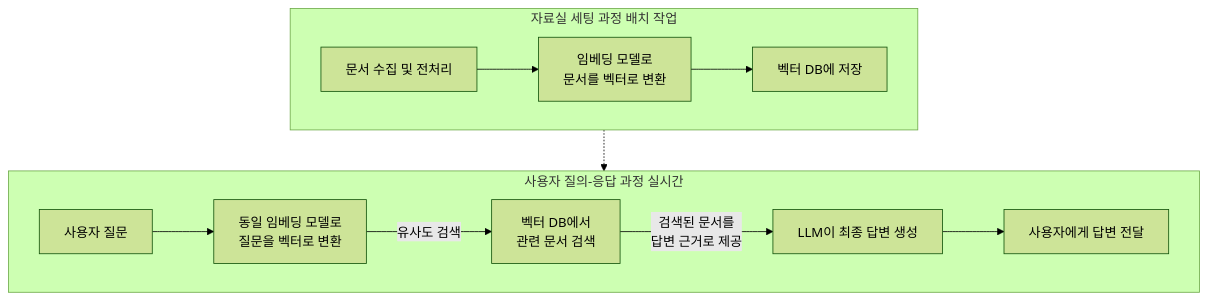
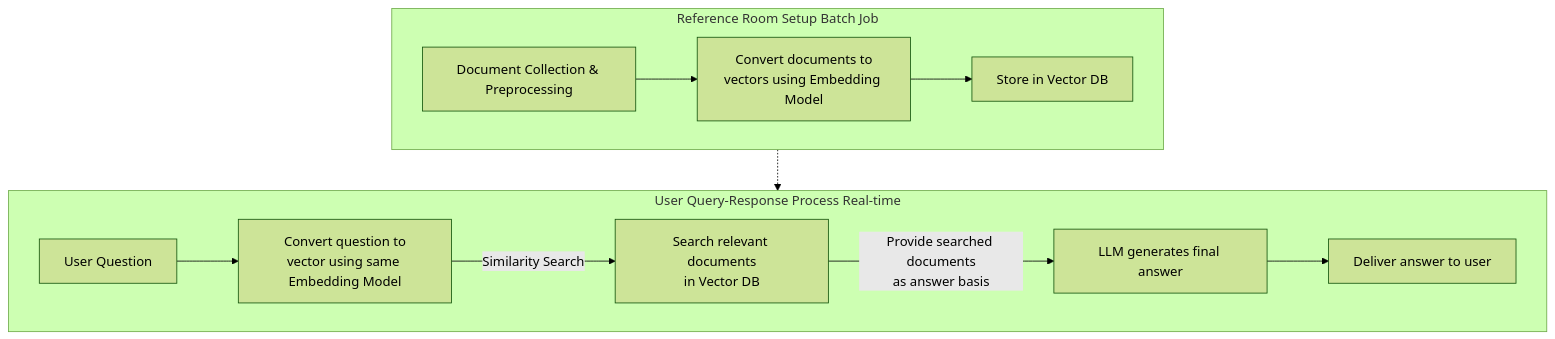
One commit to DramaticCollaboration/empasy.io changed the diagram in docs/en/study/rag.md. Above: the diagram before and after it, drawn with Mermaid (forest theme). The commit also changed other lines of this file and 77 other files, not shown here.

````diff
--- a/docs/en/study/rag.md
+++ b/docs/en/study/rag.md
@@ -90,17 +90,17 @@
 ```mermaid
 flowchart TD
-    subgraph A [자료실 세팅 과정 배치 작업]
+    subgraph A [Reference Room Setup Batch Job]
         direction LR
-        A1[문서 수집 및 전처리] --> A2[임베딩 모델로<br>문서를 벡터로 변환] --> A3[벡터 DB에 저장]
+        A1[Document Collection & Preprocessing] --> A2[Convert documents to<br>vectors using Embedding Model] --> A3[Store in Vector DB]
     end
 
-    subgraph B [사용자 질의-응답 과정 실시간]
+    subgraph B [User Query-Response Process Real-time]
         direction LR
-        B1[사용자 질문] --> B2[동일 임베딩 모델로<br>질문을 벡터로 변환]
-        B2 -- 유사도 검색 --> B3[벡터 DB에서<br>관련 문서 검색]
-        B3 -- 검색된 문서를<br>답변 근거로 제공 --> B4[LLM이 최종 답변 생성]
-        B4 --> B5[사용자에게 답변 전달]
+        B1[User Question] --> B2[Convert question to<br>vector using same Embedding Model]
+        B2 -- Similarity Search --> B3[Search relevant documents<br>in Vector DB]
+        B3 -- Provide searched documents<br>as answer basis --> B4[LLM generates final answer]
+        B4 --> B5[Deliver answer to user]
     end
 
     A3 -.-> B3
 ```
````
